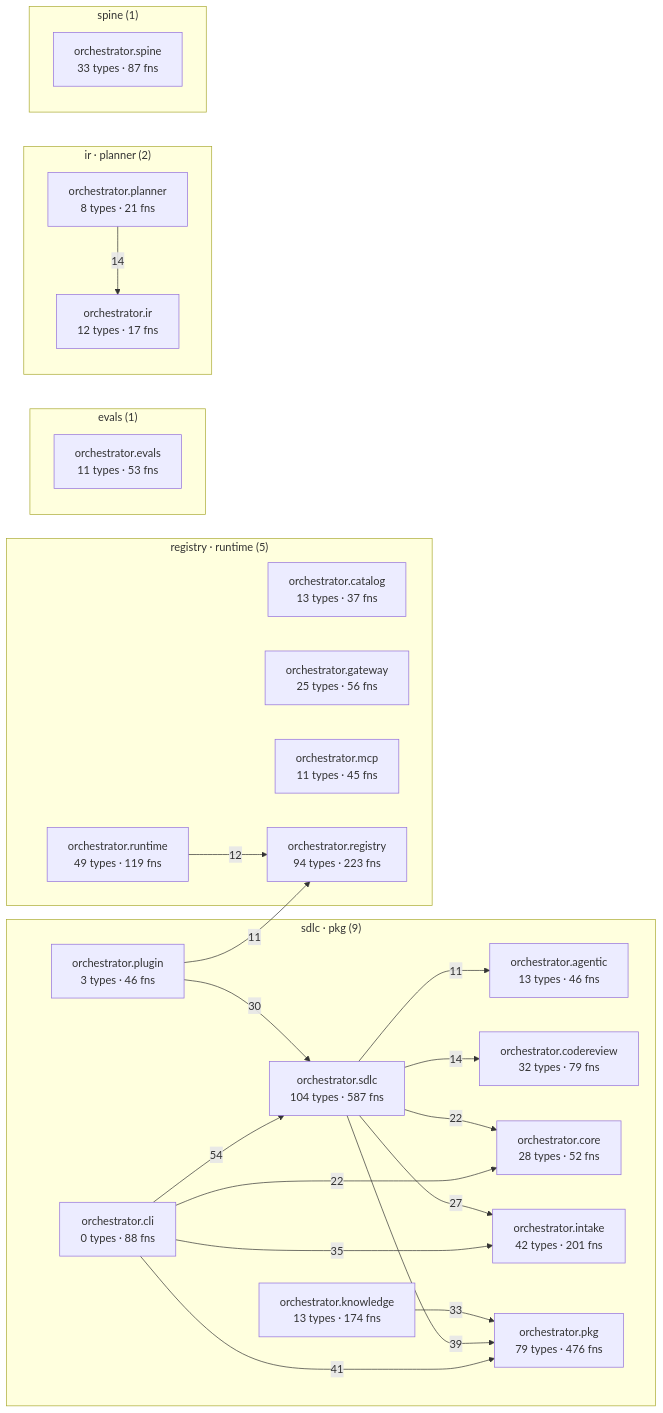
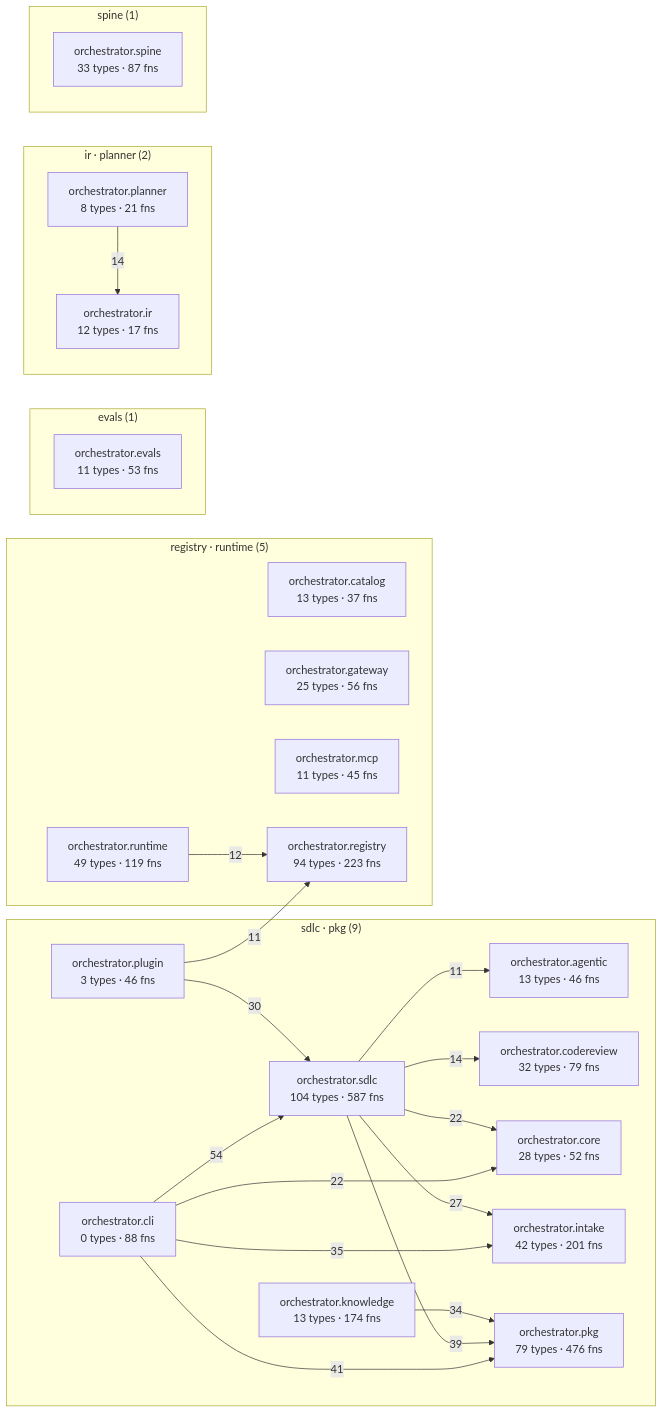
The diagram in episteme/architecture.md (synaptixs/spine), drawn with Mermaid before and after one commit. The commit also changed other lines of this file and 16 other files, not shown here.

````diff
--- a/episteme/architecture.md
+++ b/episteme/architecture.md
@@ -54,45 +54,45 @@
 ```mermaid
 flowchart LR
   subgraph c_1["sdlc · pkg (9)"]
     aorchestratoragentic["orchestrator.agentic<br/>13 types · 46 fns"]
     aorchestratorcli["orchestrator.cli<br/>0 types · 88 fns"]
     aorchestratorcodereview["orchestrator.codereview<br/>32 types · 79 fns"]
     aorchestratorcore["orchestrator.core<br/>28 types · 52 fns"]
     aorchestratorintake["orchestrator.intake<br/>42 types · 201 fns"]
     aorchestratorknowledge["orchestrator.knowledge<br/>13 types · 174 fns"]
     aorchestratorpkg["orchestrator.pkg<br/>79 types · 476 fns"]
     aorchestratorplugin["orchestrator.plugin<br/>3 types · 46 fns"]
     aorchestratorsdlc["orchestrator.sdlc<br/>104 types · 587 fns"]
   end
   subgraph c_3["registry · runtime (5)"]
     aorchestratorcatalog["orchestrator.catalog<br/>13 types · 37 fns"]
     aorchestratorgateway["orchestrator.gateway<br/>25 types · 56 fns"]
     aorchestratormcp["orchestrator.mcp<br/>11 types · 45 fns"]
     aorchestratorregistry["orchestrator.registry<br/>94 types · 223 fns"]
     aorchestratorruntime["orchestrator.runtime<br/>49 types · 119 fns"]
   end
   subgraph c_5["evals (1)"]
     aorchestratorevals["orchestrator.evals<br/>11 types · 53 fns"]
   end
   subgraph c_7["ir · planner (2)"]
     aorchestratorir["orchestrator.ir<br/>12 types · 17 fns"]
     aorchestratorplanner["orchestrator.planner<br/>8 types · 21 fns"]
   end
   subgraph c_10["spine (1)"]
     aorchestratorspine["orchestrator.spine<br/>33 types · 87 fns"]
   end
   aorchestratorcli -->|54| aorchestratorsdlc
   aorchestratorcli -->|41| aorchestratorpkg
   aorchestratorsdlc -->|39| aorchestratorpkg
   aorchestratorcli -->|35| aorchestratorintake
-  aorchestratorknowledge -->|33| aorchestratorpkg
+  aorchestratorknowledge -->|34| aorchestratorpkg
   aorchestratorplugin -->|30| aorchestratorsdlc
   aorchestratorsdlc -->|27| aorchestratorintake
   aorchestratorcli -->|22| aorchestratorcore
   aorchestratorsdlc -->|22| aorchestratorcore
   aorchestratorplanner -->|14| aorchestratorir
   aorchestratorsdlc -->|14| aorchestratorcodereview
   aorchestratorruntime -->|12| aorchestratorregistry
   aorchestratorplugin -->|11| aorchestratorregistry
   aorchestratorsdlc -->|11| aorchestratoragentic
 ```
````
